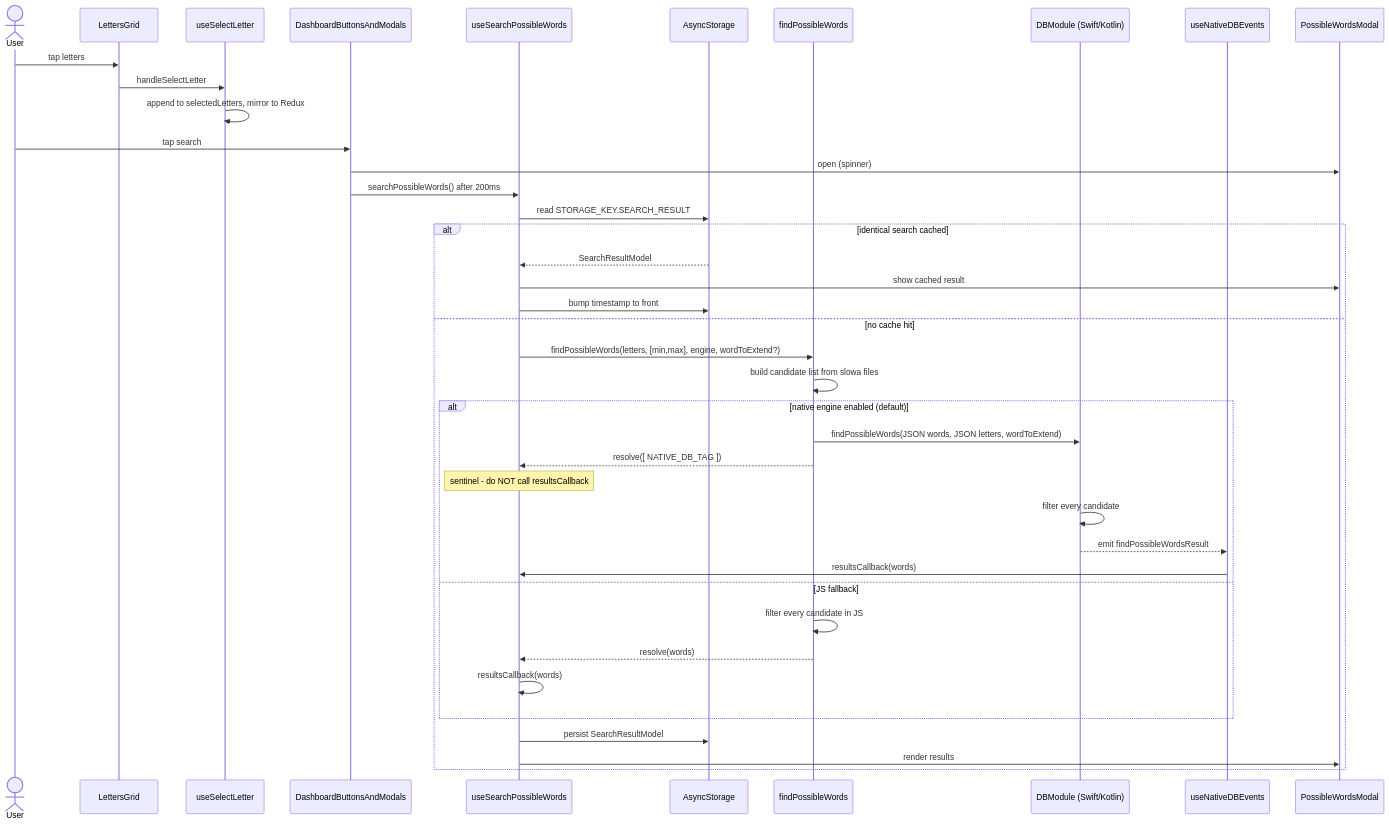
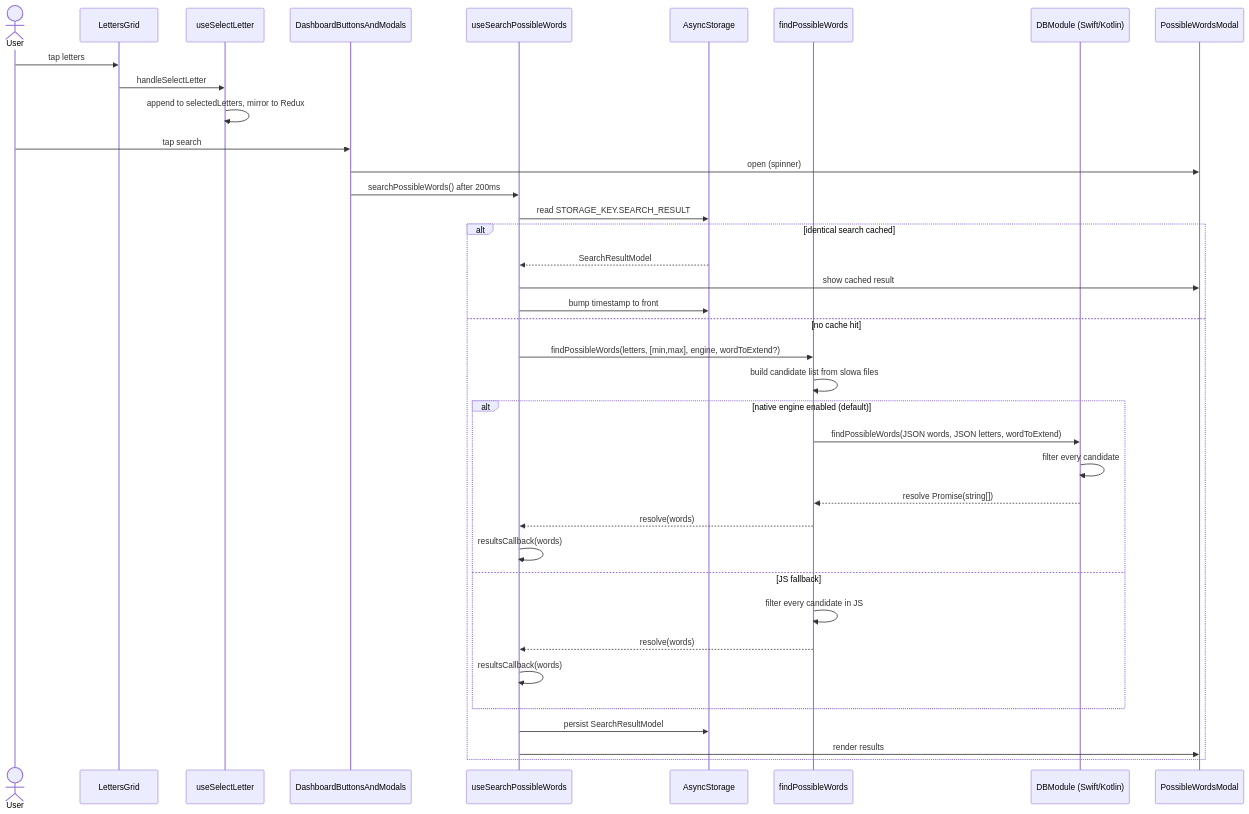
The first of 2 diagrams in docs/02-search-engine.md (akruczek/wyrazowo), drawn with Mermaid before and after one commit. The commit also changed other lines of this file and 162 other files, not shown here.

````diff
--- a/docs/02-search-engine.md
+++ b/docs/02-search-engine.md
@@ -158,43 +158,41 @@
 ```mermaid
 sequenceDiagram
     actor User
     participant Grid as LettersGrid
     participant Sel as useSelectLetter
     participant Btn as DashboardButtonsAndModals
     participant Hook as useSearchPossibleWords
     participant Cache as AsyncStorage
     participant Helper as findPossibleWords
     participant Native as DBModule (Swift/Kotlin)
-    participant Ev as useNativeDBEvents
     participant Modal as PossibleWordsModal
 
     User->>Grid: tap letters
     Grid->>Sel: handleSelectLetter
     Sel->>Sel: append to selectedLetters, mirror to Redux
     User->>Btn: tap search
     Btn->>Modal: open (spinner)
     Btn->>Hook: searchPossibleWords() after 200ms
     Hook->>Cache: read STORAGE_KEY.SEARCH_RESULT
     alt identical search cached
         Cache-->>Hook: SearchResultModel
         Hook->>Modal: show cached result
         Hook->>Cache: bump timestamp to front
     else no cache hit
         Hook->>Helper: findPossibleWords(letters, [min,max], engine, wordToExtend?)
         Helper->>Helper: build candidate list from slowa files
         alt native engine enabled (default)
             Helper->>Native: findPossibleWords(JSON words, JSON letters, wordToExtend)
-            Helper-->>Hook: resolve([ NATIVE_DB_TAG ])
-            Note over Hook: sentinel - do NOT call resultsCallback
             Native->>Native: filter every candidate
-            Native-->>Ev: emit findPossibleWordsResult
-            Ev->>Hook: resultsCallback(words)
+            Native-->>Helper: resolve Promise(string[])
+            Helper-->>Hook: resolve(words)
+            Hook->>Hook: resultsCallback(words)
         else JS fallback
             Helper->>Helper: filter every candidate in JS
             Helper-->>Hook: resolve(words)
             Hook->>Hook: resultsCallback(words)
         end
         Hook->>Cache: persist SearchResultModel
         Hook->>Modal: render results
     end
 ```
````
